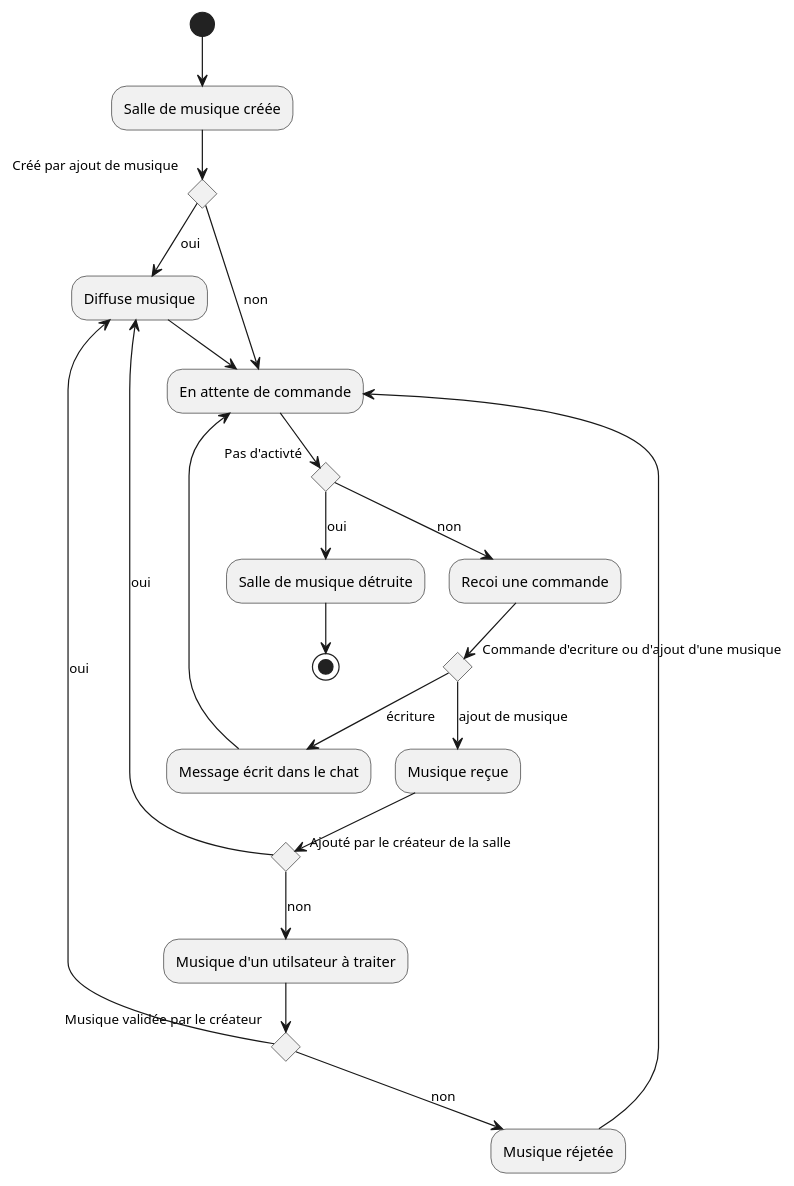
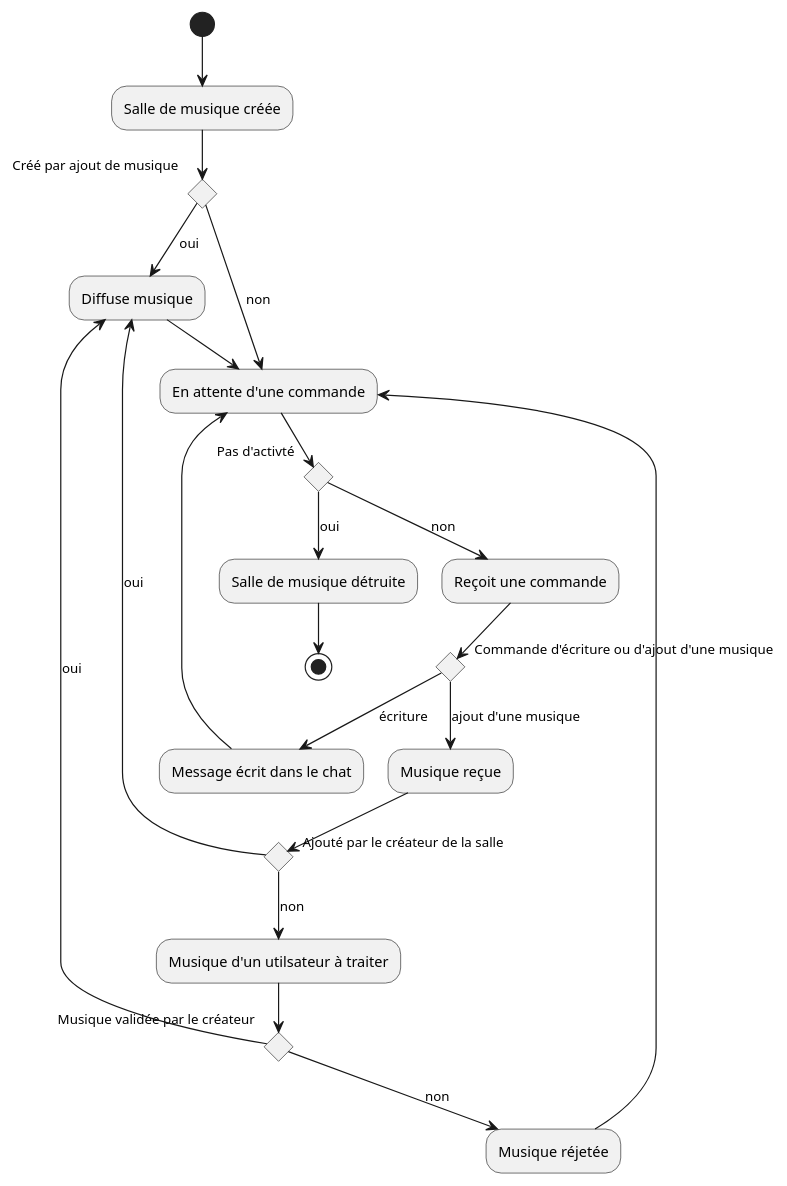
One commit to thomasGuibert/Cours-Design changed the diagram in ShareMusicProject/activité-salle-de-musique.plantuml. Above: the diagram before and after it, drawn with PlantUML. The commit also changed 10 other files, not shown here.

```diff
--- a/ShareMusicProject/activité-salle-de-musique.plantuml
+++ b/ShareMusicProject/activité-salle-de-musique.plantuml
@@ -1,36 +1,36 @@
 @startuml activité-salle-de-musique
 
 (*) --> "Salle de musique créée"
 if "Créé par ajout de musique" then
 --> [oui] "Diffuse musique"
 else
---> [non] "En attente de commande"
+--> [non] "En attente d'une commande"
 endif
 
 if "Pas d'activté" then
     --> [oui] "Salle de musique détruite"
 else
-    --> [non] "Recoi une commande"
+    --> [non] "Reçoit une commande"
 endif
 
-if "Commande d'ecriture ou d'ajout d'une musique" then
-    --> [ajout de musique] "Musique reçue"
+if "Commande d'écriture ou d'ajout d'une musique" then
+    --> [ajout d'une musique] "Musique reçue"
     if "Ajouté par le créateur de la salle" then
         --> [oui] "Diffuse musique"
     else
         --> [non] "Musique d'un utilsateur à traiter"
         if "Musique validée par le créateur" then
             --> [oui] "Diffuse musique"
-            --> "En attente de commande"
+            --> "En attente d'une commande"
         else
             --> [non] "Musique réjetée"
-            --> "En attente de commande"
+            --> "En attente d'une commande"
         endif
     endif
 else
     --> [écriture] "Message écrit dans le chat"
-    --> "En attente de commande"
+    --> "En attente d'une commande"
 endif
 
 "Salle de musique détruite" --> (*)
 @enduml
```
